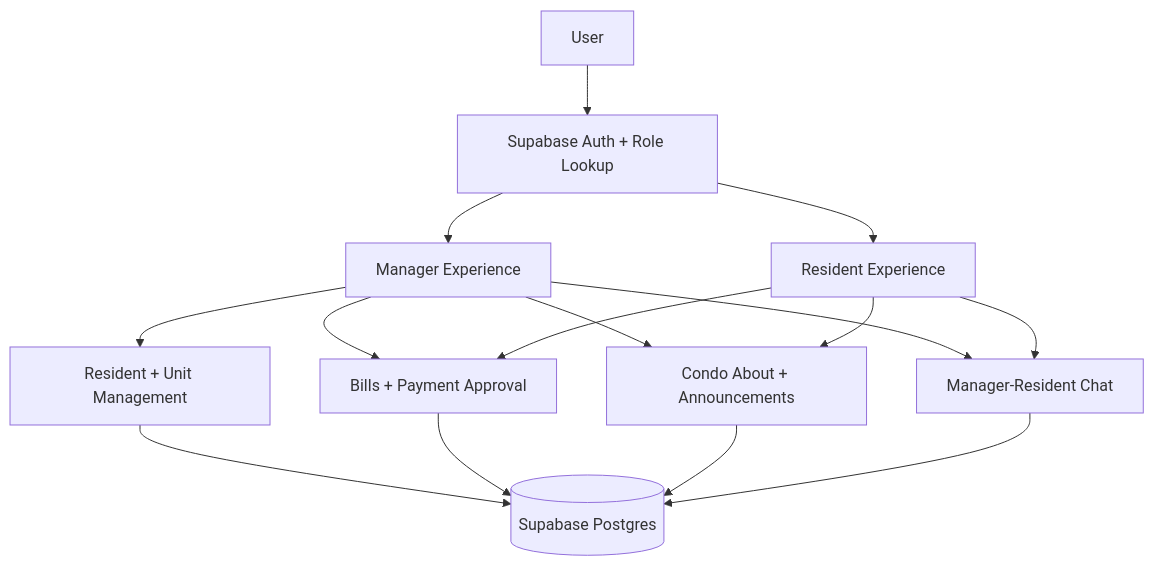
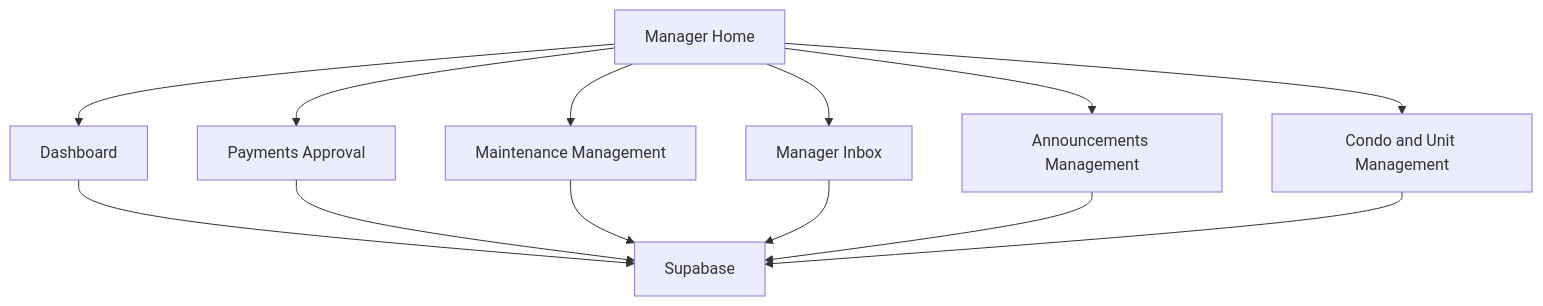
One commit to InnovaTxch/myCondo changed the second of 4 diagrams in README.md. Above: the diagram before and after it, drawn with Mermaid. The commit also changed other lines of this file, not shown here.

First line of the commit message:
docs: revise README: expand docs, flows, and features

````diff
--- a/README.md
+++ b/README.md
@@ -175,27 +228,16 @@
 ```mermaid
 flowchart TD
-  User["User"]
-  Auth["Supabase Auth + Role Lookup"]
-  Manager["Manager Experience"]
-  Resident["Resident Experience"]
-  Condo["Condo About + Announcements"]
-  Residents["Resident + Unit Management"]
-  Billing["Bills + Payment Approval"]
-  Chat["Manager-Resident Chat"]
-  DB[("Supabase Postgres")]
+  MH["Manager Home"] --> MD["Dashboard"]
+  MH --> MP["Payments Approval"]
+  MH --> MM["Maintenance Management"]
+  MH --> MI["Manager Inbox"]
+  MH --> MA["Announcements Management"]
+  MH --> MC["Condo and Unit Management"]
 
-  User --> Auth
-  Auth --> Manager
-  Auth --> Resident
-  Manager --> Residents
-  Manager --> Billing
-  Manager --> Condo
-  Manager --> Chat
-  Resident --> Billing
-  Resident --> Condo
-  Resident --> Chat
-  Residents --> DB
-  Billing --> DB
-  Condo --> DB
-  Chat --> DB
+  MD --> SB["Supabase"]
+  MP --> SB
+  MM --> SB
+  MI --> SB
+  MA --> SB
+  MC --> SB
 ```
````
